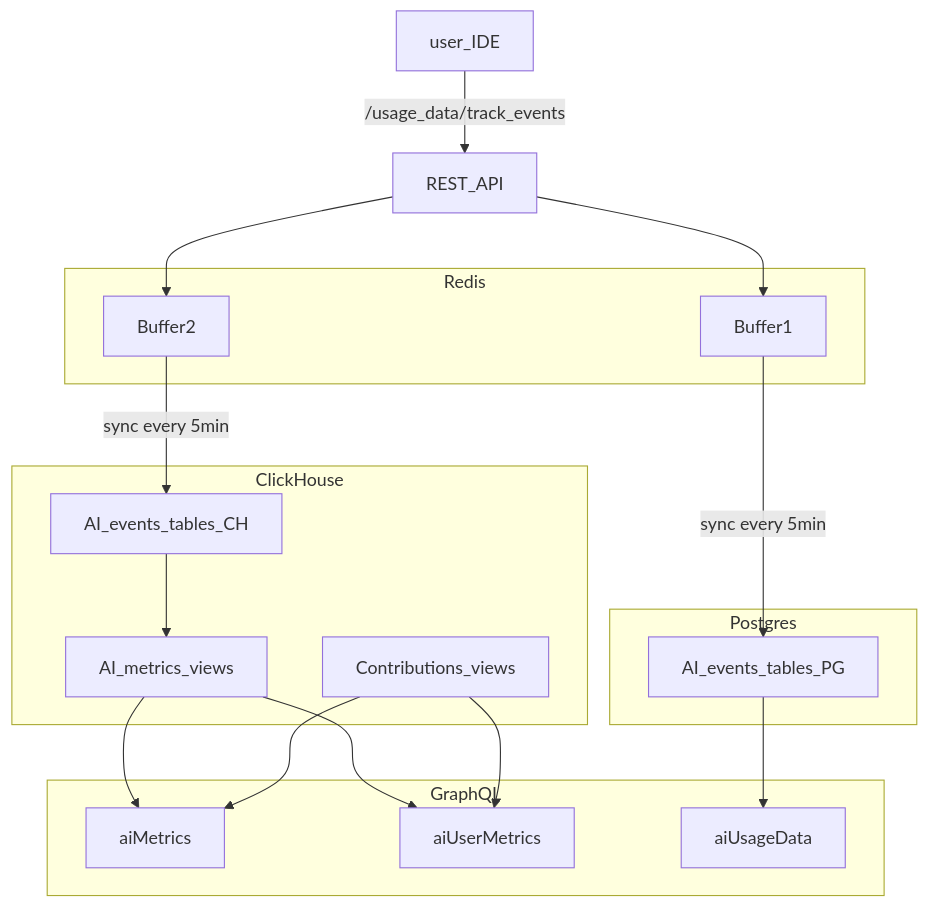
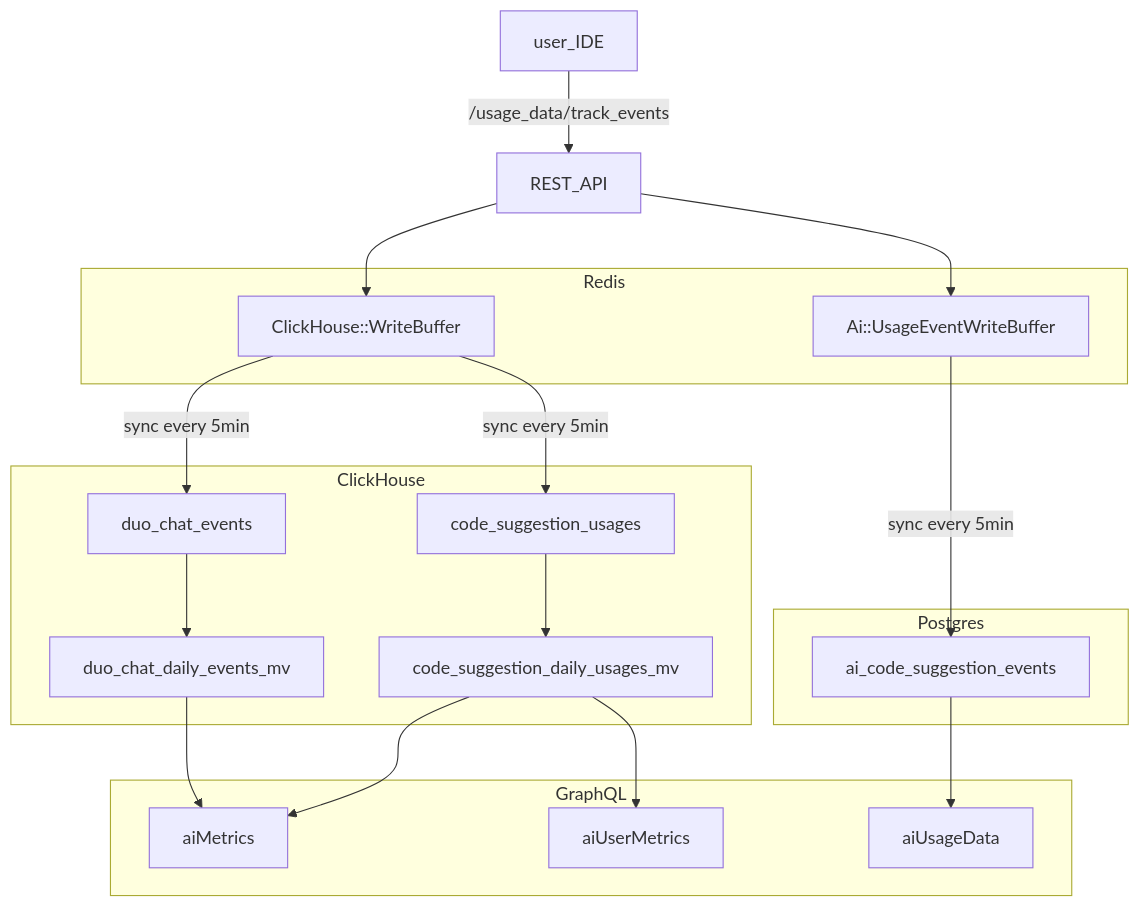
One commit to zalyoung/gitlab-handbook changed the second of 2 diagrams in content/handbook/engineering/development/analytics/monitor/optimize.md. Above: the diagram before and after it, drawn with Mermaid. The commit also changed other lines of this file, not shown here.

Commit message:
Update clickhouse components for AI impact

````diff
--- a/content/handbook/engineering/development/analytics/monitor/optimize.md
+++ b/content/handbook/engineering/development/analytics/monitor/optimize.md
@@ -90,31 +90,33 @@
 ```mermaid
 flowchart TB
     subgraph Postgres
-      AI_events_tables_PG
+      ai_code_suggestion_events
     end
     subgraph ClickHouse
-      AI_events_tables_CH
-      AI_metrics_views
-      Contributions_views
+      code_suggestion_usages
+      duo_chat_events
+      duo_chat_daily_events_mv
+      code_suggestion_daily_usages_mv
     end
     subgraph GraphQL
       aiMetrics
       aiUserMetrics
       aiUsageData
     end
     subgraph Redis
-      Buffer1
-      Buffer2
+      Ai::UsageEventWriteBuffer
+      ClickHouse::WriteBuffer
     end
     user_IDE-->|/usage_data/track_events|REST_API
-    REST_API-->Buffer1
-    REST_API-->Buffer2
-    Buffer1-->|sync every 5min|AI_events_tables_PG
-    Buffer2-->|sync every 5min|AI_events_tables_CH
-    AI_events_tables_CH --> AI_metrics_views
-    AI_events_tables_PG --> aiUsageData
-    AI_metrics_views --> aiMetrics
-    AI_metrics_views --> aiUserMetrics
-    Contributions_views --> aiMetrics
-    Contributions_views --> aiUserMetrics
+    REST_API-->Ai::UsageEventWriteBuffer
+    REST_API-->ClickHouse::WriteBuffer
+    Ai::UsageEventWriteBuffer-->|sync every 5min|ai_code_suggestion_events
+    ClickHouse::WriteBuffer-->|sync every 5min|code_suggestion_usages
+    ClickHouse::WriteBuffer-->|sync every 5min|duo_chat_events
+    duo_chat_events --> duo_chat_daily_events_mv
+    code_suggestion_usages --> code_suggestion_daily_usages_mv
+    ai_code_suggestion_events --> aiUsageData
+    duo_chat_daily_events_mv --> aiMetrics
+    code_suggestion_daily_usages_mv --> aiMetrics
+    code_suggestion_daily_usages_mv --> aiUserMetrics
 ```
````
